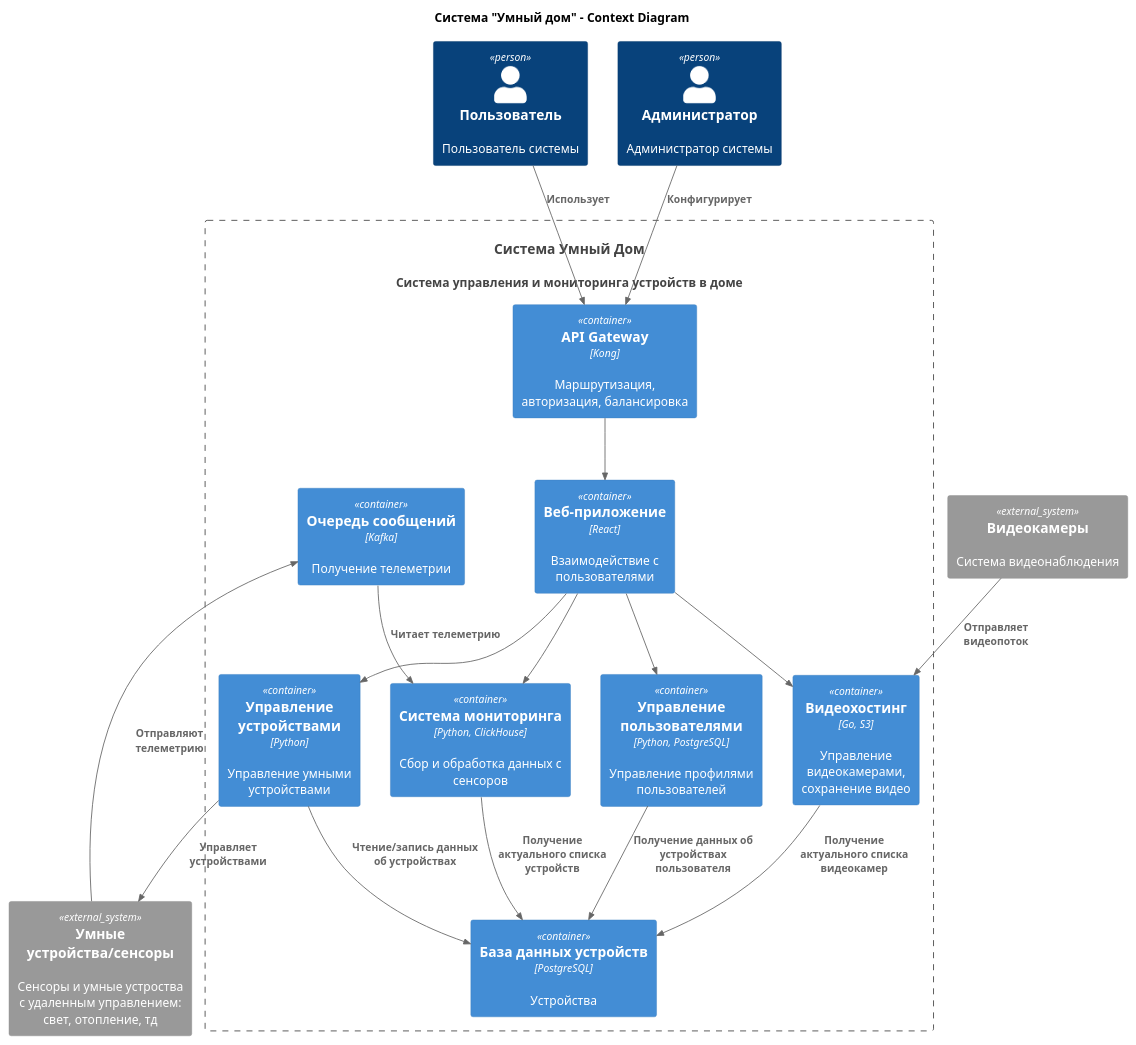
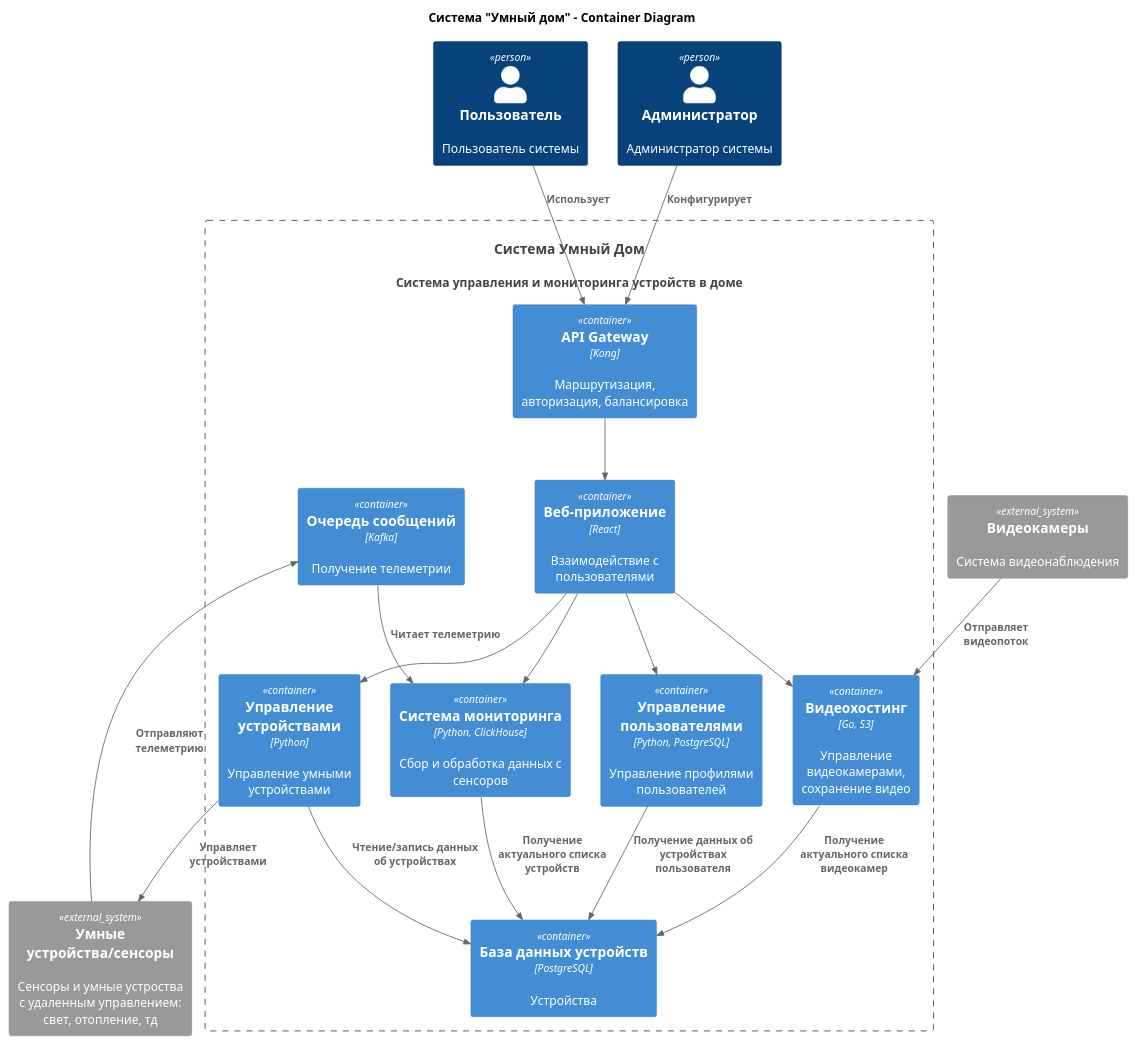
Before and after one commit to roman-timo/architecture-sprint-3: the diagram in C4/SH_Container.puml, drawn with PlantUML.

```diff
--- a/C4/SH_Container.puml
+++ b/C4/SH_Container.puml
@@ -1,43 +1,43 @@
 @startuml
-title Система "Умный дом" - Context Diagram
+title Система "Умный дом" - Container Diagram
 
 top to bottom direction
 
 !includeurl https://raw.githubusercontent.com/RicardoNiepel/C4-PlantUML/master/C4_Component.puml
 
 Person(user, "Пользователь", "Пользователь системы")
 Person(admin, "Администратор", "Администратор системы")
 System(SmartHouse, "Система Умный Дом", "Система управления и мониторинга устройств в доме")
 
 Container_Boundary(SmartHouse, "Система Умный Дом") {
   Container(WebApp, "Веб-приложение", "React", "Взаимодействие с пользователями")
   Container(UserManagement, "Управление пользователями", "Python, PostgreSQL", "Управление профилями пользователей")
   Container(VideoService, "Видеохостинг", "Go, S3", "Управление видеокамерами, сохранение видео")
   Container(Telemetry, "Система мониторинга", "Python, ClickHouse", "Сбор и обработка данных с сенсоров")
   Container(DeviceManagement, "Управление устройствами", "Python", "Управление умными устройствами")
   Container(DeviceDB, "База данных устройств", "PostgreSQL", "Устройства")
   Container(APIGateway, "API Gateway", "Kong", "Маршрутизация, авторизация, балансировка")
   Container(Kafka, "Очередь сообщений", "Kafka", "Получение телеметрии")
 }
 
 
 System_Ext(SmartDevices, "Умные устройства/сенсоры", "Сенсоры и умные устроства с удаленным управлением: свет, отопление, тд")
 System_Ext(video, "Видеокамеры", "Система видеонаблюдения")
 
 Rel(user, APIGateway, "Использует")
 Rel(admin, APIGateway, "Конфигурирует")
 Rel(APIGateway, WebApp, "")
 Rel(WebApp, UserManagement, "")
 Rel(WebApp, DeviceManagement, "")
 Rel(WebApp, Telemetry, "")
 Rel(WebApp, VideoService, "")
 Rel(DeviceManagement, SmartDevices, "Управляет устройствами")
 Rel(UserManagement, DeviceDB, "Получение данных об устройствах пользователя")
 Rel(DeviceManagement, DeviceDB, "Чтение/запись данных об устройствах")
 Rel(Telemetry, DeviceDB, "Получение актуального списка устройств")
 Rel(VideoService, DeviceDB, "Получение актуального списка видеокамер")
 Rel(SmartDevices, Kafka,"Отправляют телеметрию")
 Rel(Kafka, Telemetry, "Читает телеметрию")
 Rel(video, VideoService,"Отправляет видеопоток")
 
 @enduml
```
